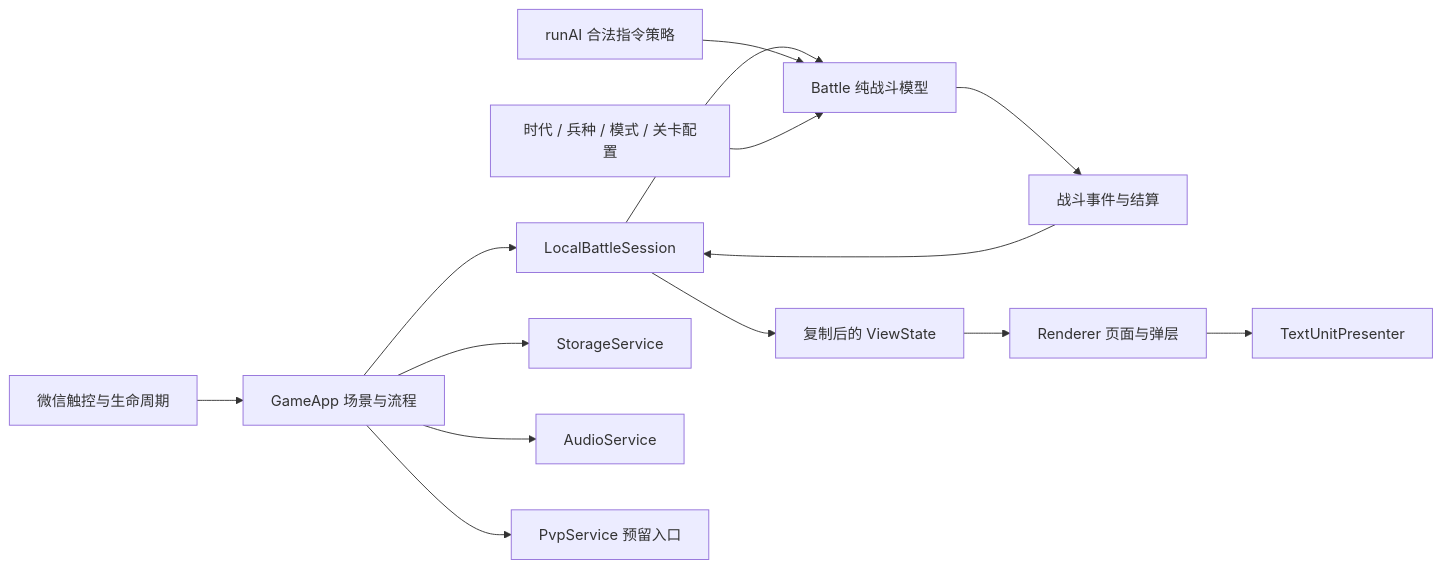
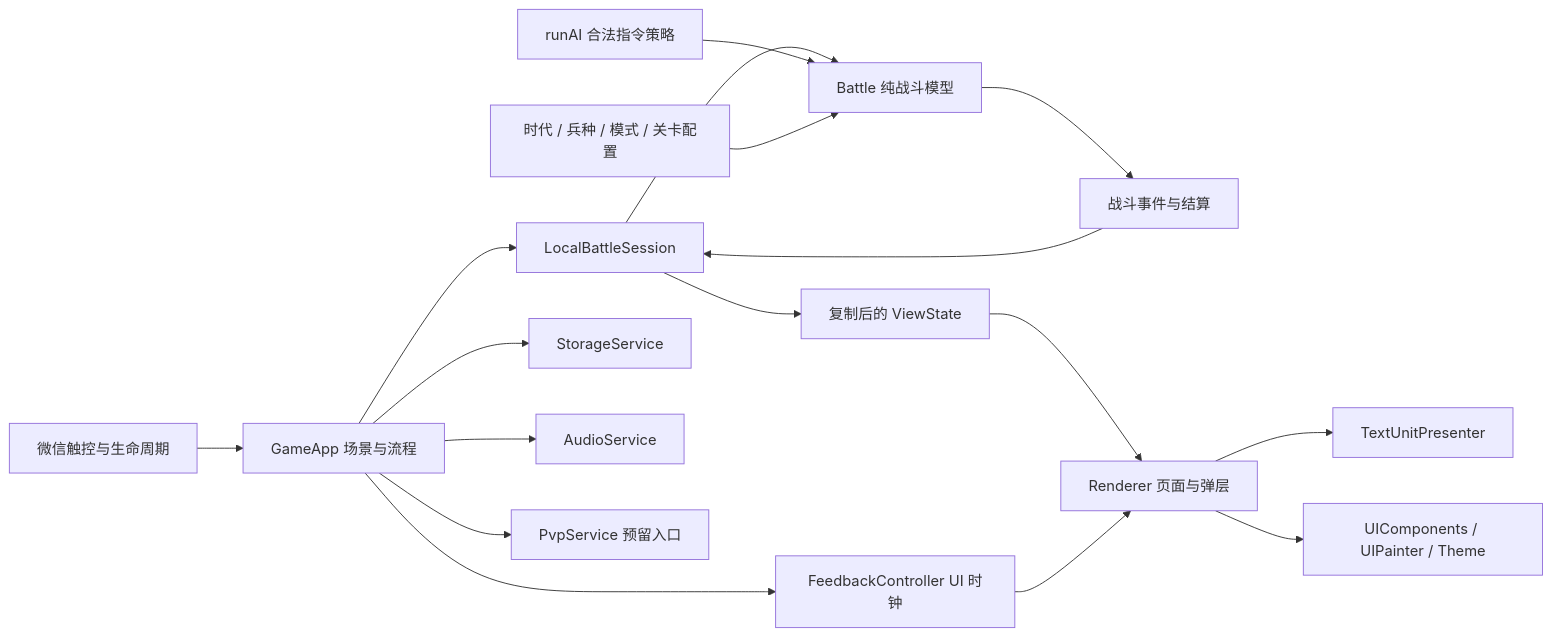
One commit to Arcticalm/The-development-of-war changed the diagram in introduction/architecture.md. Above: the diagram before and after it, drawn with Mermaid. The commit also changed other lines of this file and 108 other files, not shown here.

````diff
--- a/introduction/architecture.md
+++ b/introduction/architecture.md
@@ -9,16 +9,19 @@
 ```mermaid
 flowchart LR
     WX[微信触控与生命周期] --> App[GameApp 场景与流程]
     App --> Session[LocalBattleSession]
     Session --> Battle[Battle 纯战斗模型]
     AI[runAI 合法指令策略] --> Battle
     Config[时代 / 兵种 / 模式 / 关卡配置] --> Battle
     Battle --> Events[战斗事件与结算]
     Events --> Session
     Session --> View[复制后的 ViewState]
     View --> Renderer[Renderer 页面与弹层]
     Renderer --> Presenter[TextUnitPresenter]
+    Renderer --> Components[UIComponents / UIPainter / Theme]
+    App --> Feedback[FeedbackController UI 时钟]
+    Feedback --> Renderer
     App --> Storage[StorageService]
     App --> Audio[AudioService]
     App --> Pvp[PvpService 预留入口]
 ```
````
